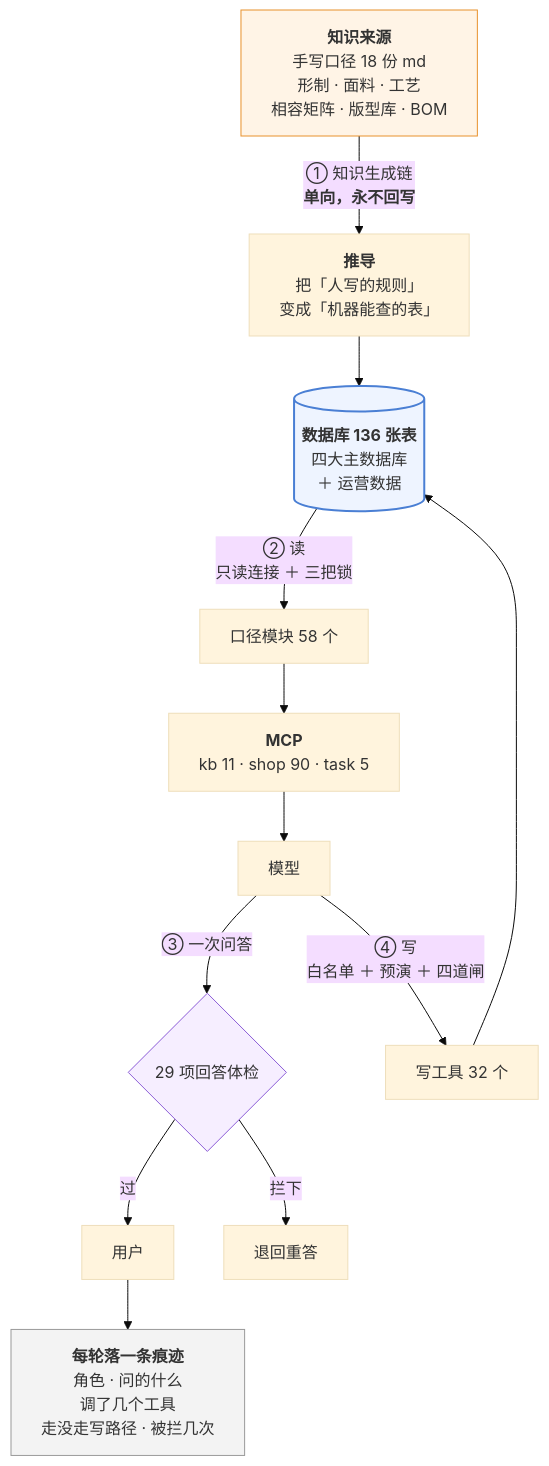
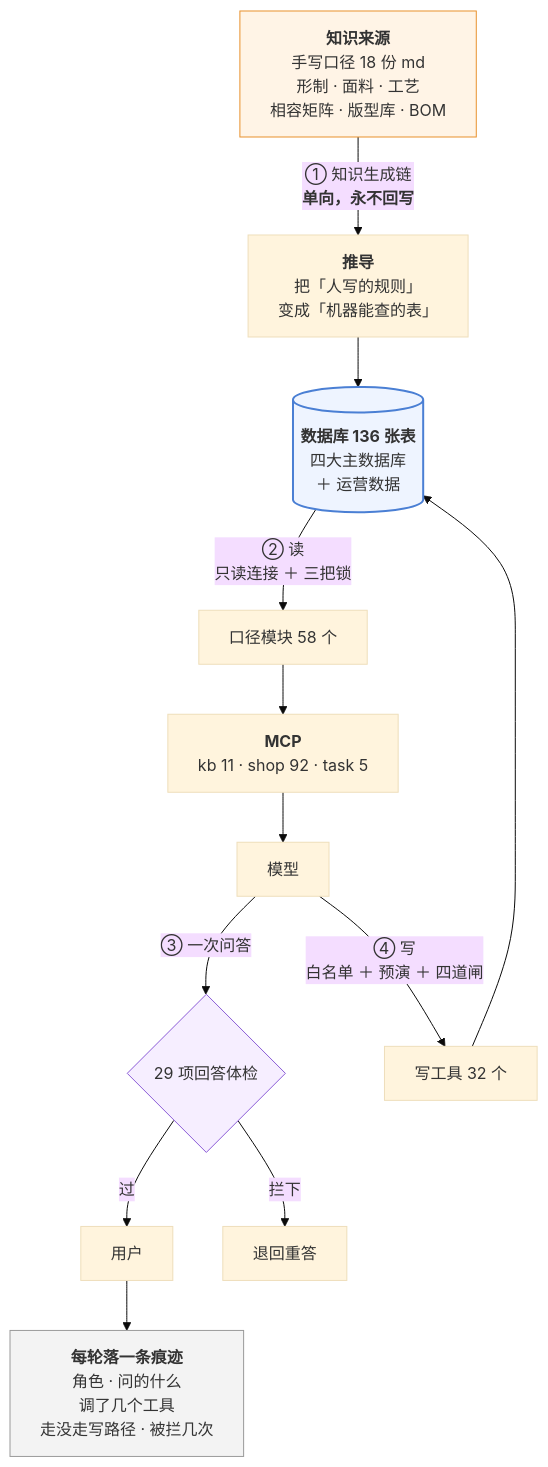
Before and after one commit to 843773296-rgb/lanxiu-yunshang-agent: the third of 3 diagrams in 澜绣云裳agent-产品说明.md, drawn with Mermaid (base theme). The commit also changed other lines of this file and 14 other files, not shown here.

````diff
--- a/澜绣云裳agent-产品说明.md
+++ b/澜绣云裳agent-产品说明.md
@@ -1051,24 +1053,24 @@
 ```mermaid
 flowchart TD
     MD["<b>知识来源</b><br/>手写口径 18 份 md<br/>形制 · 面料 · 工艺<br/>相容矩阵 · 版型库 · BOM"]
     MD -->|"① 知识生成链<br/><b>单向，永不回写</b>"| DV["<b>推导</b><br/>把「人写的规则」<br/>变成「机器能查的表」"]
     DV --> DB[("<b>数据库 136 张表</b><br/>四大主数据库<br/>＋ 运营数据")]
 
     DB -->|"② 读<br/>只读连接 ＋ 三把锁"| KJ["口径模块 58 个"]
-    KJ --> MCP["<b>MCP</b><br/>kb 11 · shop 90 · task 5"]
+    KJ --> MCP["<b>MCP</b><br/>kb 11 · shop 92 · task 5"]
     MCP --> LLM["模型"]
 
     LLM -->|"③ 一次问答"| GD{"29 项回答体检"}
     GD -- 过 --> U["用户"]
     GD -- 拦下 --> RE["退回重答"]
 
     LLM -->|"④ 写<br/>白名单 ＋ 预演 ＋ 四道闸"| W["写工具 32 个"]
     W --> DB
 
     U --> TR["<b>每轮落一条痕迹</b><br/>角色 · 问的什么<br/>调了几个工具<br/>走没走写路径 · 被拦几次"]
 
     style MD fill:#fff4e6,stroke:#e8912d
     style DB fill:#eef4ff,stroke:#4a7fd4,stroke-width:2px
     style GD fill:#f6eeff,stroke:#8b5cd6
     style TR fill:#f3f3f3,stroke:#999
 ```
````
